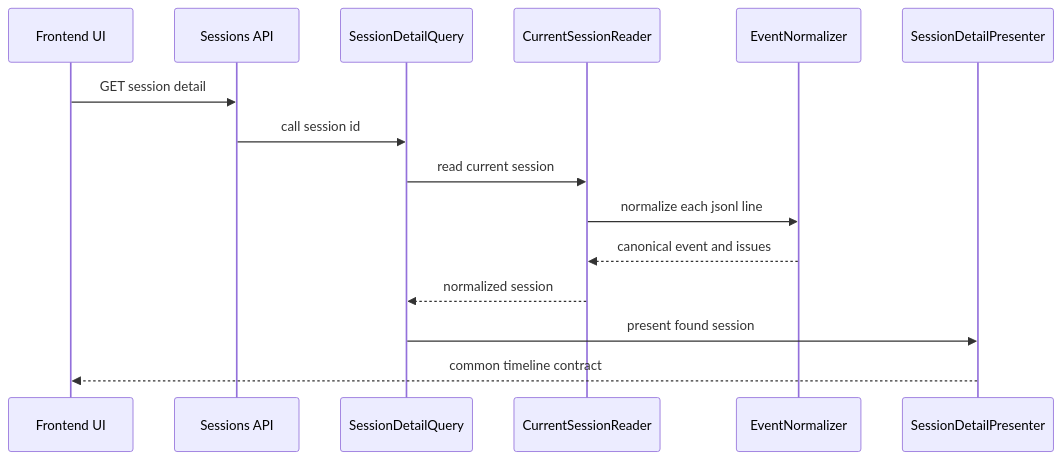
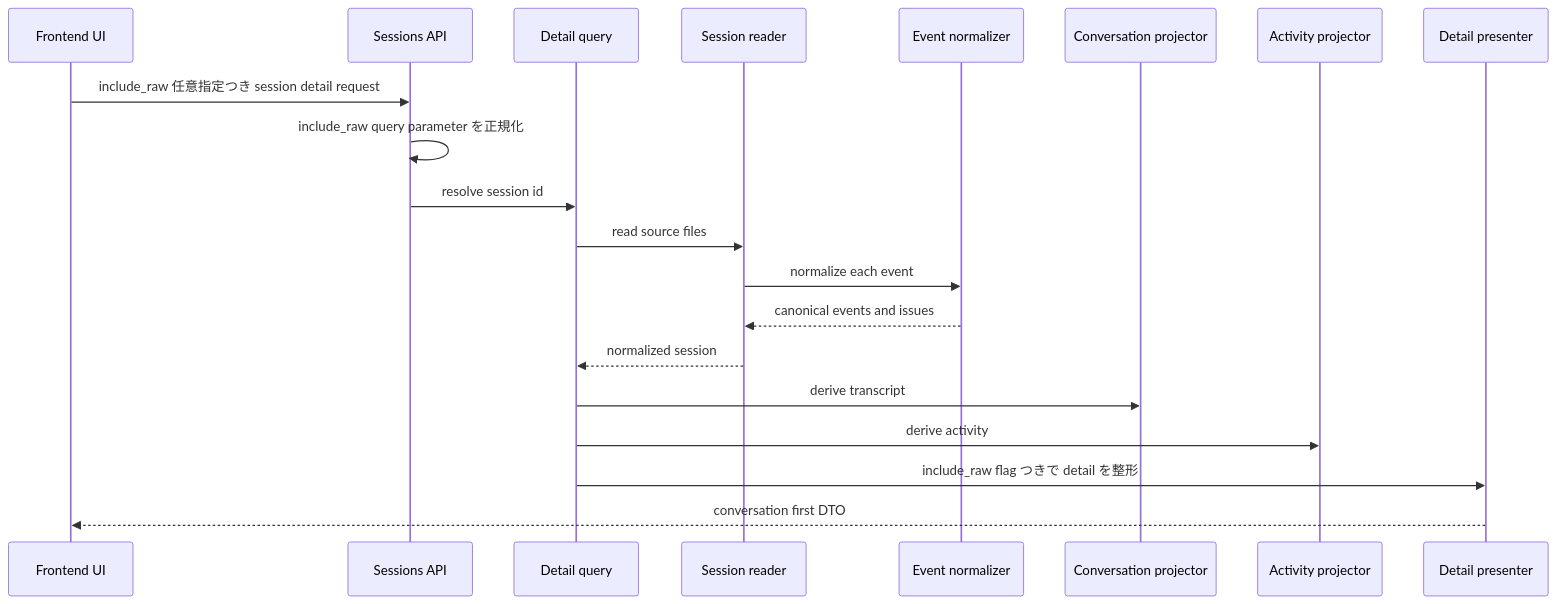
The second of 2 diagrams in .kiro/specs/current-copilot-cli-schema-compatibility/design.md (KentaOsabe-Personal/copilot-cli-history), drawn with Mermaid before and after one commit. The commit also changed other lines of this file and 20 other files, not shown here.

Commit message:
current-copilot-cli-schema-compatibility Task1done

````diff
--- a/.kiro/specs/current-copilot-cli-schema-compatibility/design.md
+++ b/.kiro/specs/current-copilot-cli-schema-compatibility/design.md
@@ -135,18 +186,23 @@
 ```mermaid
 sequenceDiagram
     participant UI as Frontend UI
     participant API as Sessions API
-    participant Query as SessionDetailQuery
-    participant Reader as CurrentSessionReader
-    participant Norm as EventNormalizer
-    participant Presenter as SessionDetailPresenter
+    participant Query as Detail query
+    participant Reader as Session reader
+    participant Norm as Event normalizer
+    participant Conv as Conversation projector
+    participant Act as Activity projector
+    participant Presenter as Detail presenter
 
-    UI->>API: GET session detail
-    API->>Query: call session id
-    Query->>Reader: read current session
-    Reader->>Norm: normalize each jsonl line
-    Norm-->>Reader: canonical event and issues
+    UI->>API: include_raw 任意指定つき session detail request
+    API->>API: include_raw query parameter を正規化
+    API->>Query: resolve session id
+    Query->>Reader: read source files
+    Reader->>Norm: normalize each event
+    Norm-->>Reader: canonical events and issues
     Reader-->>Query: normalized session
-    Query->>Presenter: present found session
-    Presenter-->>UI: common timeline contract
+    Query->>Conv: derive transcript
+    Query->>Act: derive activity
+    Query->>Presenter: include_raw flag つきで detail を整形
+    Presenter-->>UI: conversation first DTO
 ```
````
